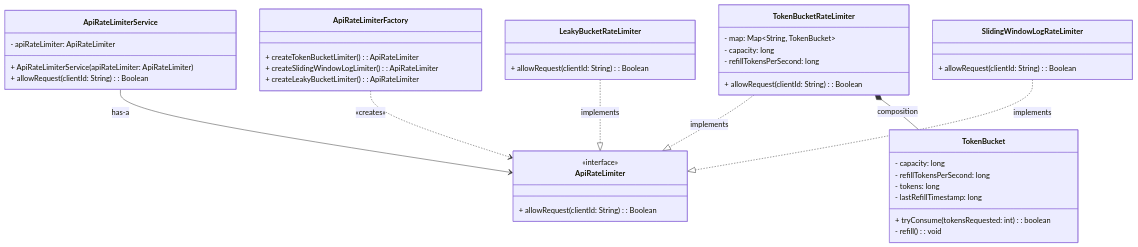
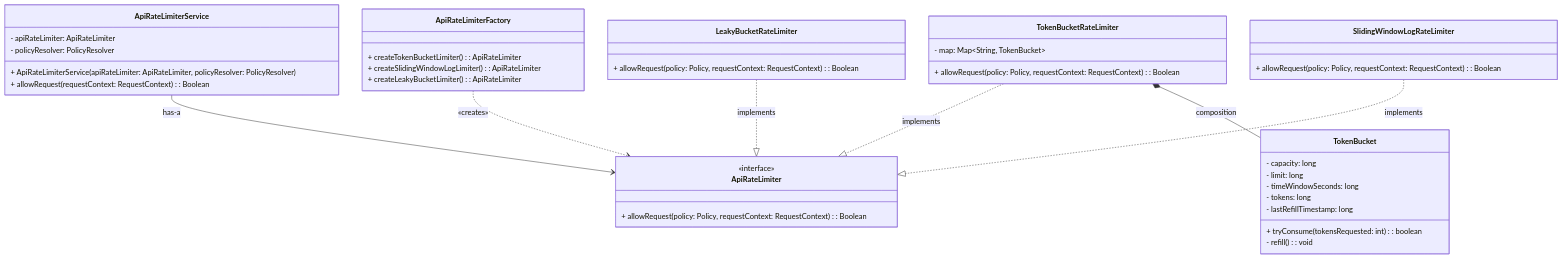
Before and after one commit to JyotimoyKashyap/system-design-labs: the first of 5 diagrams in api-rate-limiter/api-rate-limiter-lld/README.md, drawn with Mermaid. The commit also changed other lines of this file and 6 other files, not shown here.

````diff
--- a/api-rate-limiter/api-rate-limiter-lld/README.md
+++ b/api-rate-limiter/api-rate-limiter-lld/README.md
@@ -111,52 +113,52 @@
 ```mermaid
 classDiagram
     direction TB
 
     class ApiRateLimiterService {
         - apiRateLimiter: ApiRateLimiter
-        + ApiRateLimiterService(apiRateLimiter: ApiRateLimiter)
-        + allowRequest(clientId: String): Boolean
+        - policyResolver: PolicyResolver
+        + ApiRateLimiterService(apiRateLimiter: ApiRateLimiter, policyResolver: PolicyResolver)
+        + allowRequest(requestContext: RequestContext): Boolean
     }
 
     class ApiRateLimiter {
         <<interface>>
-        + allowRequest(clientId: String): Boolean
+        + allowRequest(policy: Policy, requestContext: RequestContext): Boolean
     }
 
     class ApiRateLimiterFactory {
         + createTokenBucketLimiter(): ApiRateLimiter
         + createSlidingWindowLogLimiter(): ApiRateLimiter
         + createLeakyBucketLimiter(): ApiRateLimiter
     }
 
     class TokenBucketRateLimiter {
         - map: Map~String, TokenBucket~
-        - capacity: long
-        - refillTokensPerSecond: long
-        + allowRequest(clientId: String): Boolean
+        + allowRequest(policy: Policy, requestContext: RequestContext): Boolean
     }
 
     class LeakyBucketRateLimiter {
-        + allowRequest(clientId: String): Boolean
+        + allowRequest(policy: Policy, requestContext: RequestContext): Boolean
     }
 
     class SlidingWindowLogRateLimiter {
-        + allowRequest(clientId: String): Boolean
+        + allowRequest(policy: Policy, requestContext: RequestContext): Boolean
     }
 
     class TokenBucket {
         - capacity: long
-        - refillTokensPerSecond: long
+        - limit: long
+        - timeWindowSeconds: long
         - tokens: long
         - lastRefillTimestamp: long
         + tryConsume(tokensRequested: int): boolean
         - refill(): void
     }
 
     ApiRateLimiterService --> ApiRateLimiter : has-a
     ApiRateLimiterFactory ..> ApiRateLimiter : «creates»
     TokenBucketRateLimiter ..|> ApiRateLimiter : implements
     LeakyBucketRateLimiter ..|> ApiRateLimiter : implements
     SlidingWindowLogRateLimiter ..|> ApiRateLimiter : implements
     TokenBucketRateLimiter *-- TokenBucket : composition
 ```
````
